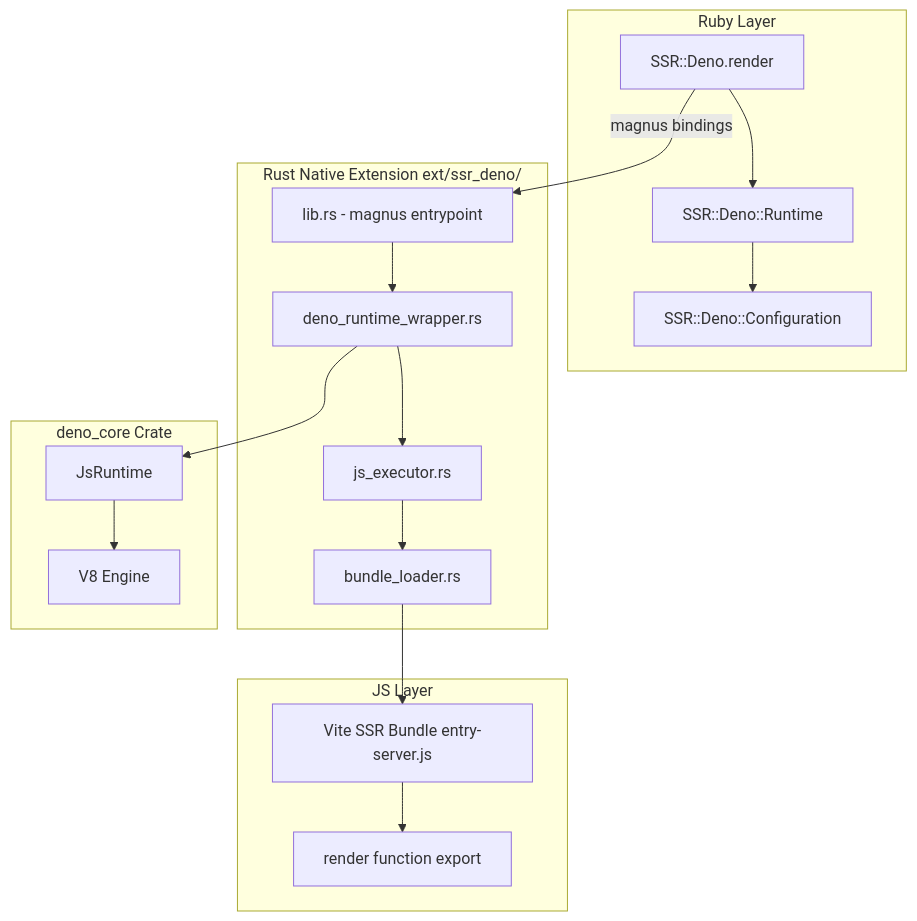
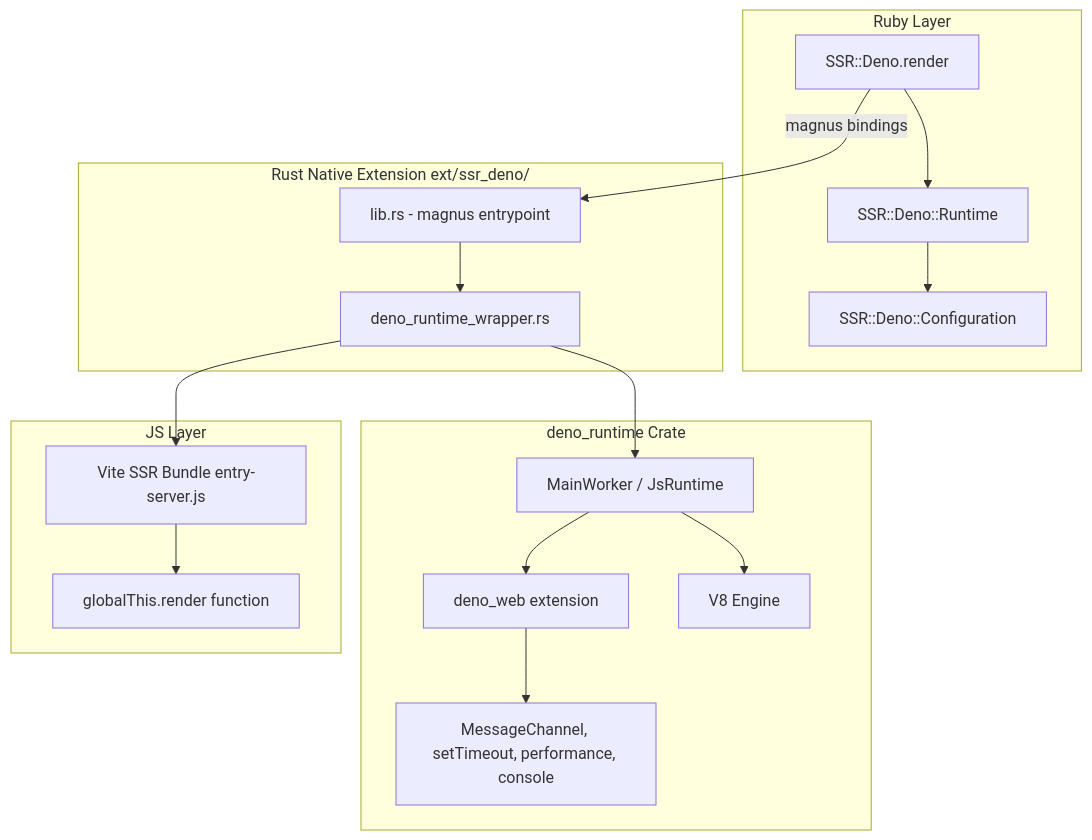
One commit to mdesantis/ssr-deno changed the third of 4 diagrams in plans/architecture.md. Above: the diagram before and after it, drawn with Mermaid. The commit also changed other lines of this file and 5 other files, not shown here.

First line of the commit message:
cleanup: strip old JsRuntime approach, prepare MainWorker skeleton

````diff
--- a/plans/architecture.md
+++ b/plans/architecture.md
@@ -50,24 +52,24 @@
 ```mermaid
 flowchart TD
     subgraph Ruby Layer
         R1[SSR::Deno.render] --> R2[SSR::Deno::Runtime]
         R2 --> R3[SSR::Deno::Configuration]
     end
 
     subgraph Rust Native Extension ext/ssr_deno/
         R1 -->|magnus bindings| M1[lib.rs - magnus entrypoint]
         M1 --> M2[deno_runtime_wrapper.rs]
-        M2 --> M3[js_executor.rs]
-        M3 --> M4[bundle_loader.rs]
     end
 
-    subgraph deno_core Crate
-        M2 --> D1[JsRuntime]
-        D1 --> D2[V8 Engine]
+    subgraph deno_runtime Crate
+        M2 --> D1[MainWorker / JsRuntime]
+        D1 --> D2[deno_web extension]
+        D2 --> D3[MessageChannel, setTimeout, performance, console]
+        D1 --> D4[V8 Engine]
     end
 
     subgraph JS Layer
-        M4 --> J1[Vite SSR Bundle entry-server.js]
-        J1 --> J2[render function export]
+        M2 --> J1[Vite SSR Bundle entry-server.js]
+        J1 --> J2[globalThis.render function]
     end
 ```
````
